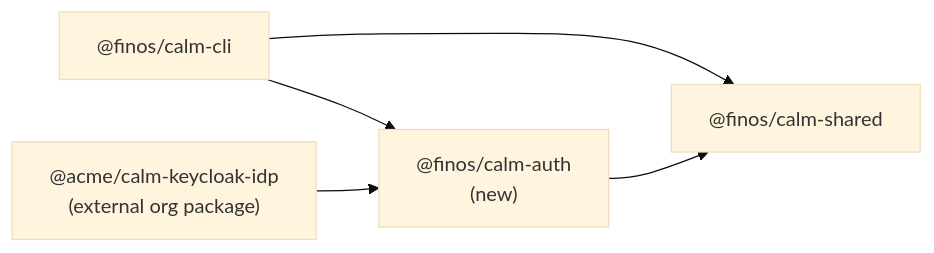
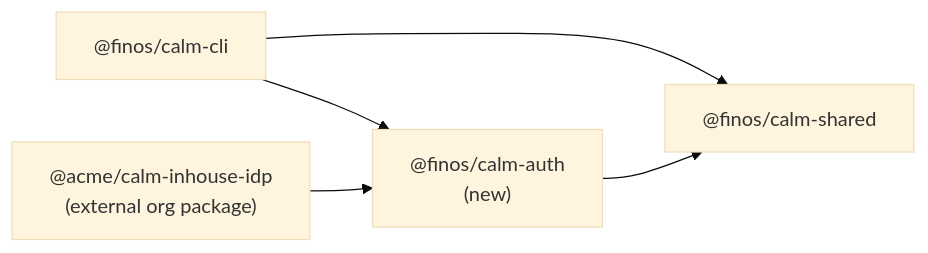
Before and after one commit to jimthompson5802/calm-web-repo: the second of 10 diagrams in docs/general-idp-authplugin-design.md, drawn with Mermaid (base theme). The commit also changed other lines of this file, not shown here.

Commit message:
feat: update external organization package references and clarify design intent for direct URL authentication

````diff
--- a/docs/general-idp-authplugin-design.md
+++ b/docs/general-idp-authplugin-design.md
@@ -92,12 +92,12 @@
 ```mermaid
 graph LR
     CLI["@finos/calm-cli"]
     AUTH["@finos/calm-auth\n(new)"]
     SHARED["@finos/calm-shared"]
-    EXTORG["@acme/calm-keycloak-idp\n(external org package)"]
+    EXTORG["@acme/calm-inhouse-idp\n(external org package)"]
 
     CLI --> AUTH
     CLI --> SHARED
     AUTH --> SHARED
     EXTORG --> AUTH
 ```
````
